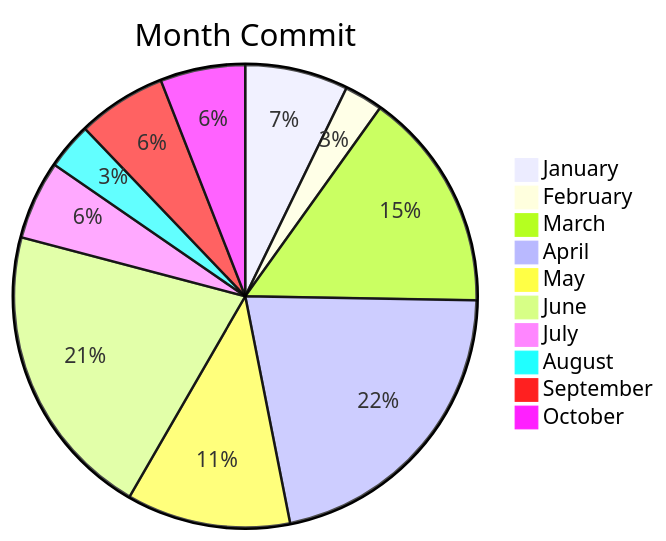
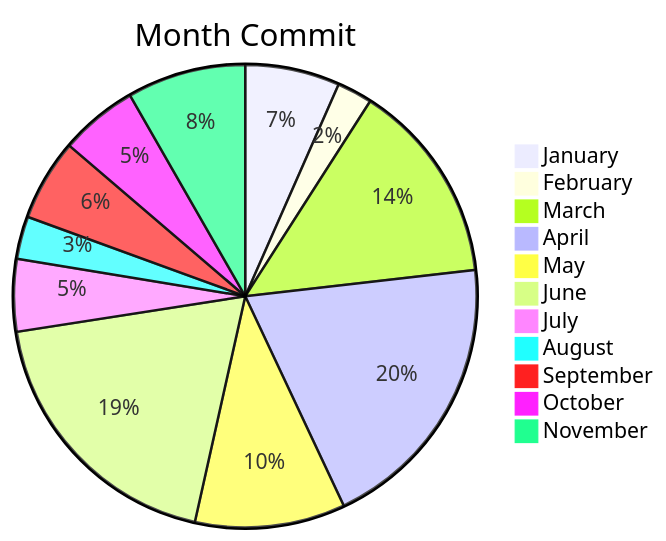
Before and after one commit to BackdevHong/WOC: the first of 2 diagrams in README.md, drawn with Mermaid. The commit also changed other lines of this file, not shown here.

````diff
--- a/README.md
+++ b/README.md
@@ -16,13 +17,14 @@
 ```mermaid
 pie title Month Commit
     "January" : 51
     "February" : 19
     "March" : 109
     "April" : 153
     "May" : 81
     "June" : 147
     "July" : 39
     "August" : 23
     "September" : 44
     "October" : 42
+    "November" : 64
 ```
````
